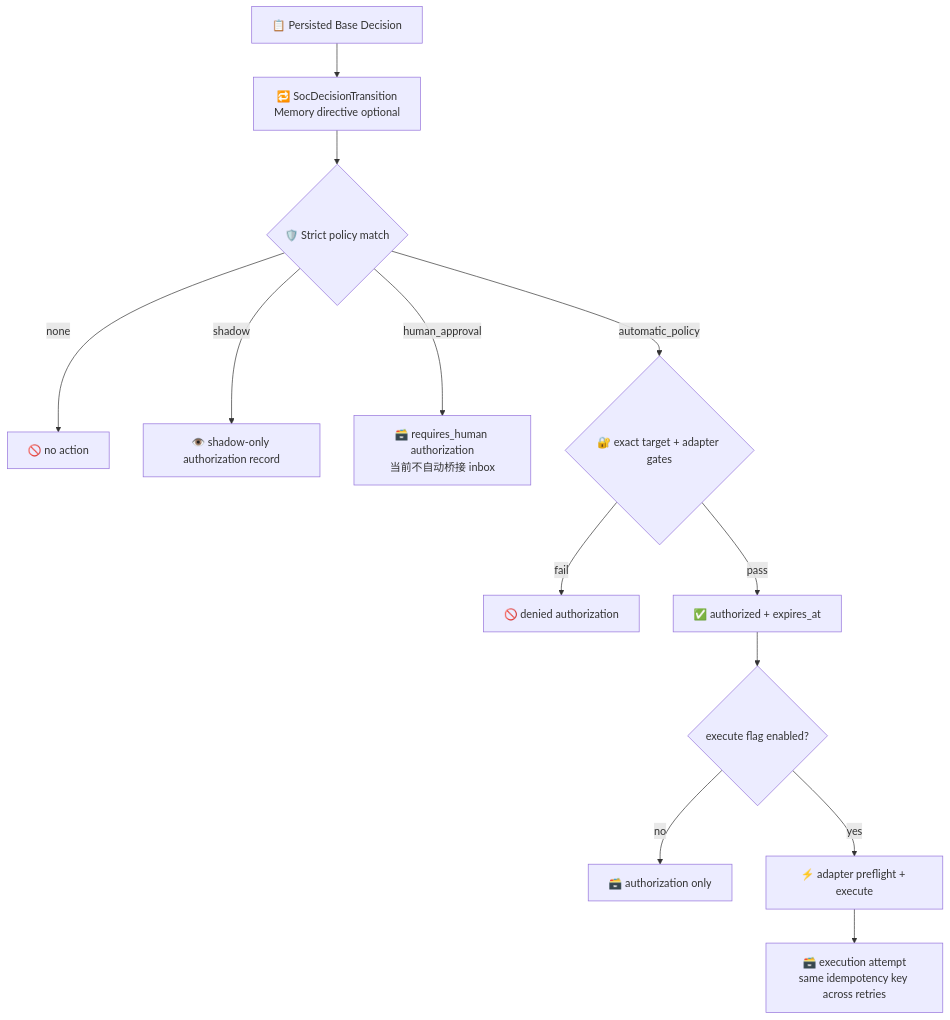
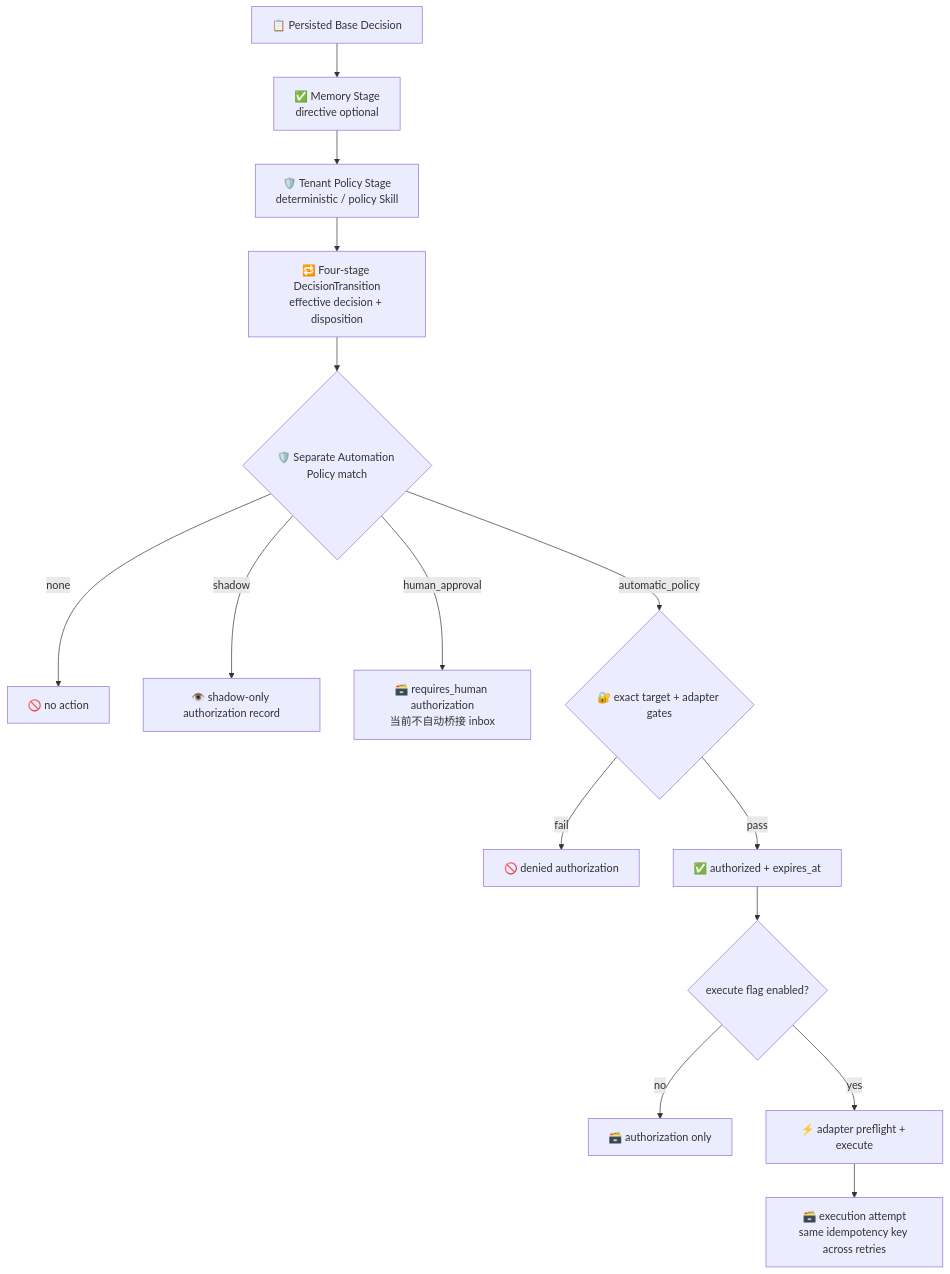
One commit to yydspanda/deer-flow changed diagram 13 of 23 in .notes/ai_soc/alert-lifecycle-flow.md. Above: the diagram before and after it, drawn with Mermaid. The commit also changed other lines of this file and 39 other files, not shown here.

Commit message:
feat(soc): govern tenant policy decision stages

````diff
--- a/.notes/ai_soc/alert-lifecycle-flow.md
+++ b/.notes/ai_soc/alert-lifecycle-flow.md
@@ -667,15 +689,17 @@
 ```mermaid
 flowchart TD
-    A["📋 Persisted Base Decision"] --> B["🔁 SocDecisionTransition<br/>Memory directive optional"]
-    B --> C{"🛡️ Strict policy match"}
+    A["📋 Persisted Base Decision"] --> M["✅ Memory Stage<br/>directive optional"]
+    M --> T["🛡️ Tenant Policy Stage<br/>deterministic / policy Skill"]
+    T --> B["🔁 Four-stage DecisionTransition<br/>effective decision + disposition"]
+    B --> C{"🛡️ Separate Automation Policy match"}
     C -->|"none"| N["🚫 no action"]
     C -->|"shadow"| S["👁️ shadow-only authorization record"]
     C -->|"human_approval"| H["🗃️ requires_human authorization<br/>当前不自动桥接 inbox"]
     C -->|"automatic_policy"| U{"🔐 exact target + adapter gates"}
     U -->|"fail"| D["🚫 denied authorization"]
     U -->|"pass"| E["✅ authorized + expires_at"]
     E --> F{"execute flag enabled?"}
     F -->|"no"| G["🗃️ authorization only"]
     F -->|"yes"| X["⚡ adapter preflight + execute"]
     X --> R["🗃️ execution attempt<br/>same idempotency key across retries"]
 ```
````
